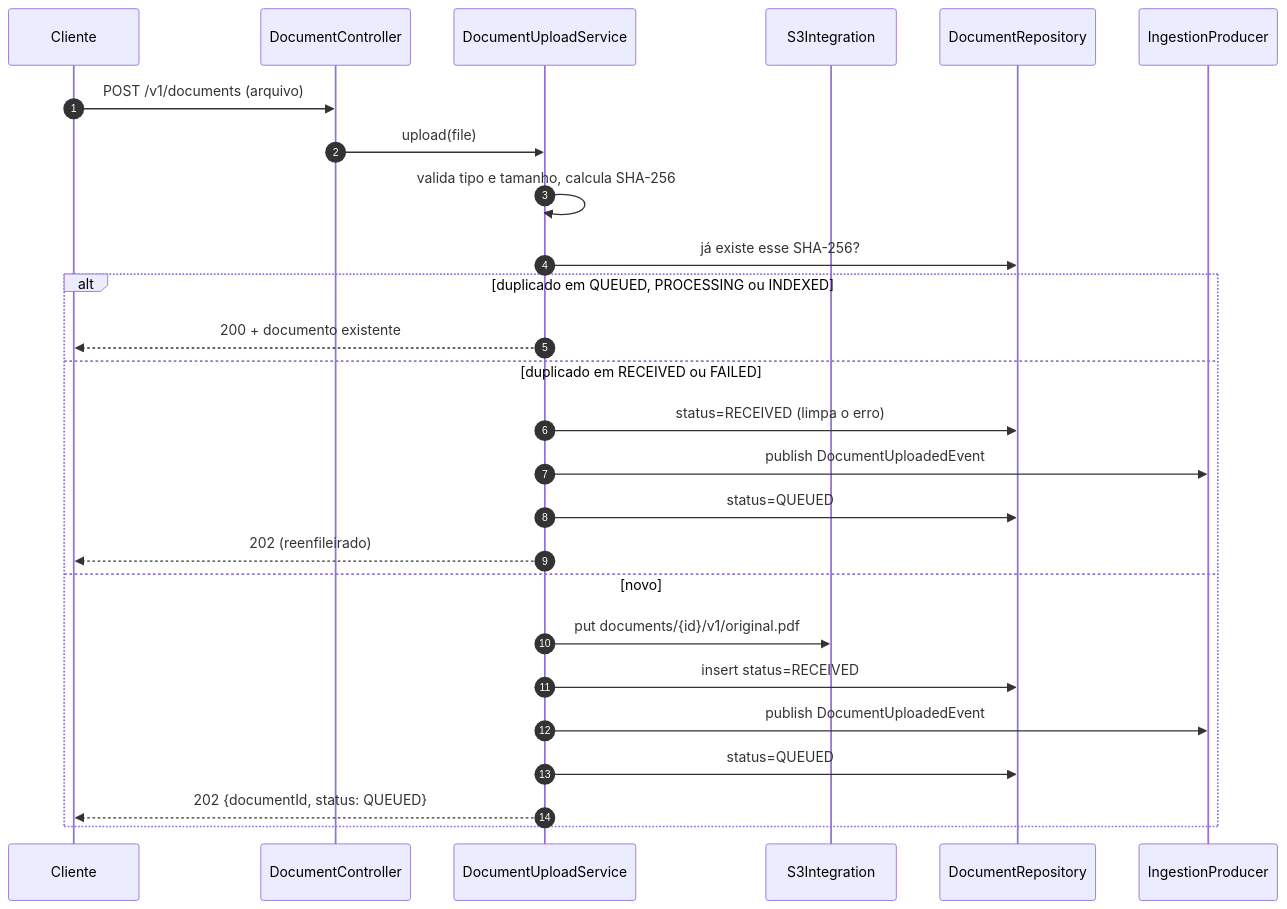
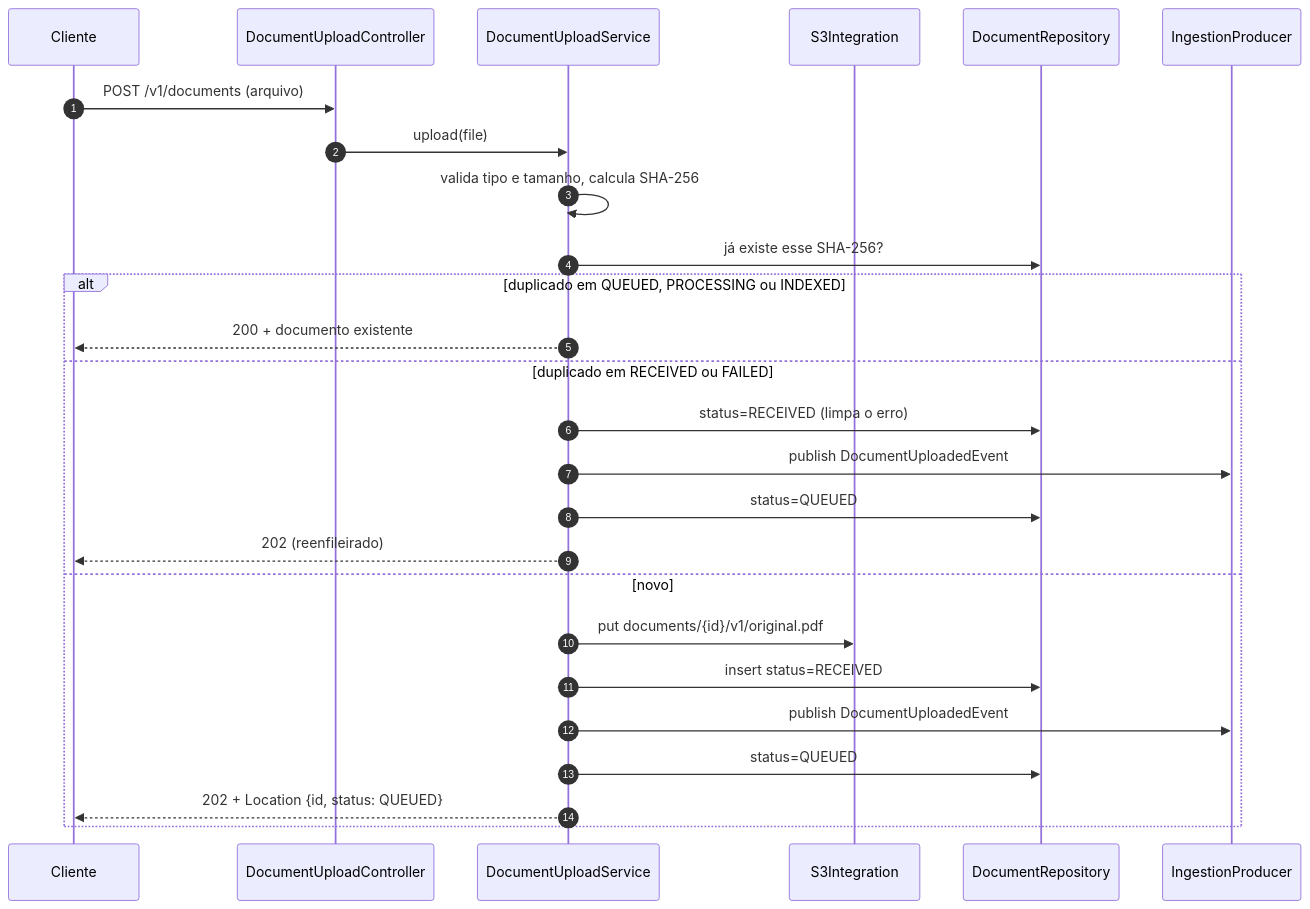
One commit to AndrewsSouz/domain-knowledge-ai changed the second of 4 diagrams in docs/arquitetura.md. Above: the diagram before and after it, drawn with Mermaid. The commit also changed other lines of this file and 16 other files, not shown here.

Commit message:
feat: API de documentos com upload, consulta, listagem e Problem Details (T304)

````diff
--- a/docs/arquitetura.md
+++ b/docs/arquitetura.md
@@ -68,28 +68,28 @@
 ```mermaid
 sequenceDiagram
     autonumber
     participant C as Cliente
-    participant API as DocumentController
+    participant API as DocumentUploadController
     participant U as DocumentUploadService
     participant S3 as S3Integration
     participant DB as DocumentRepository
     participant P as IngestionProducer
     C->>API: POST /v1/documents (arquivo)
     API->>U: upload(file)
     U->>U: valida tipo e tamanho, calcula SHA-256
     U->>DB: já existe esse SHA-256?
     alt duplicado em QUEUED, PROCESSING ou INDEXED
         U-->>C: 200 + documento existente
     else duplicado em RECEIVED ou FAILED
         U->>DB: status=RECEIVED (limpa o erro)
         U->>P: publish DocumentUploadedEvent
         U->>DB: status=QUEUED
         U-->>C: 202 (reenfileirado)
     else novo
         U->>S3: put documents/{id}/v1/original.pdf
         U->>DB: insert status=RECEIVED
         U->>P: publish DocumentUploadedEvent
         U->>DB: status=QUEUED
-        U-->>C: 202 {documentId, status: QUEUED}
+        U-->>C: 202 + Location {id, status: QUEUED}
     end
 ```
````
